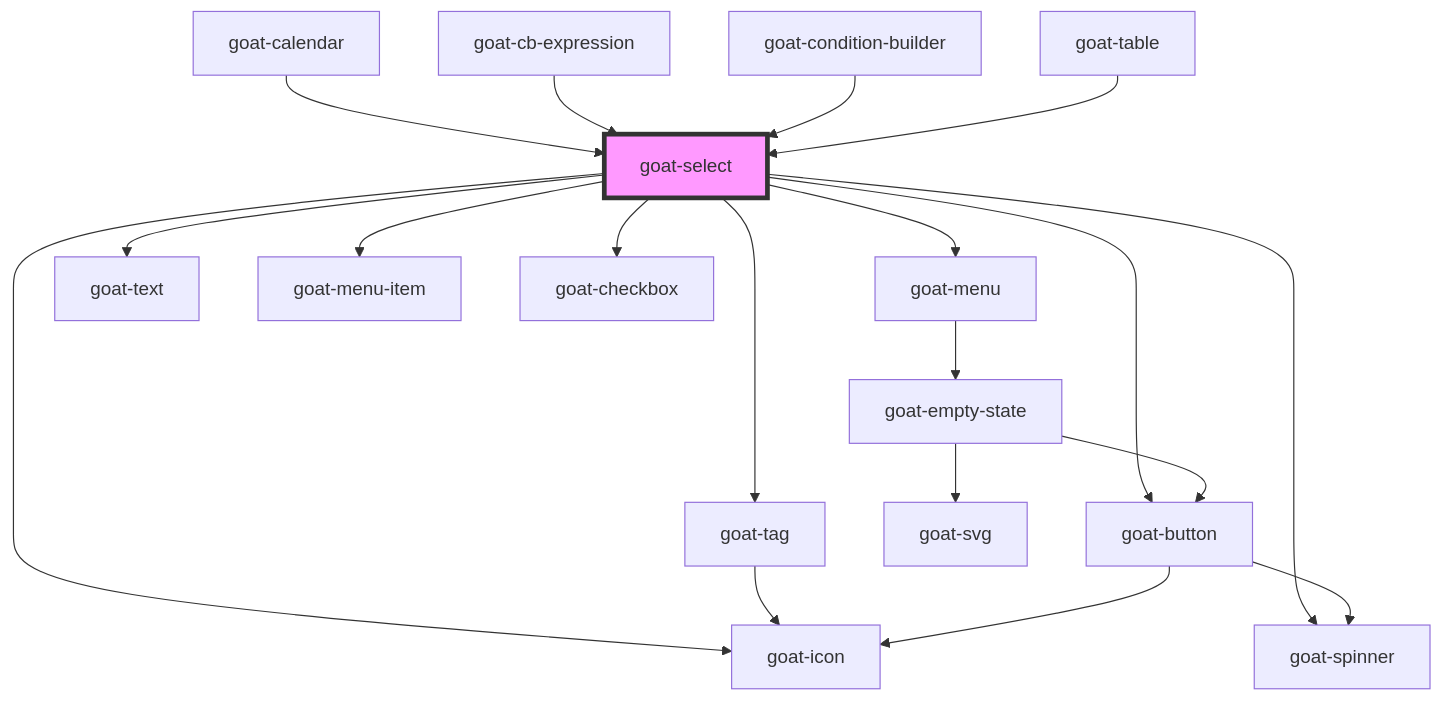
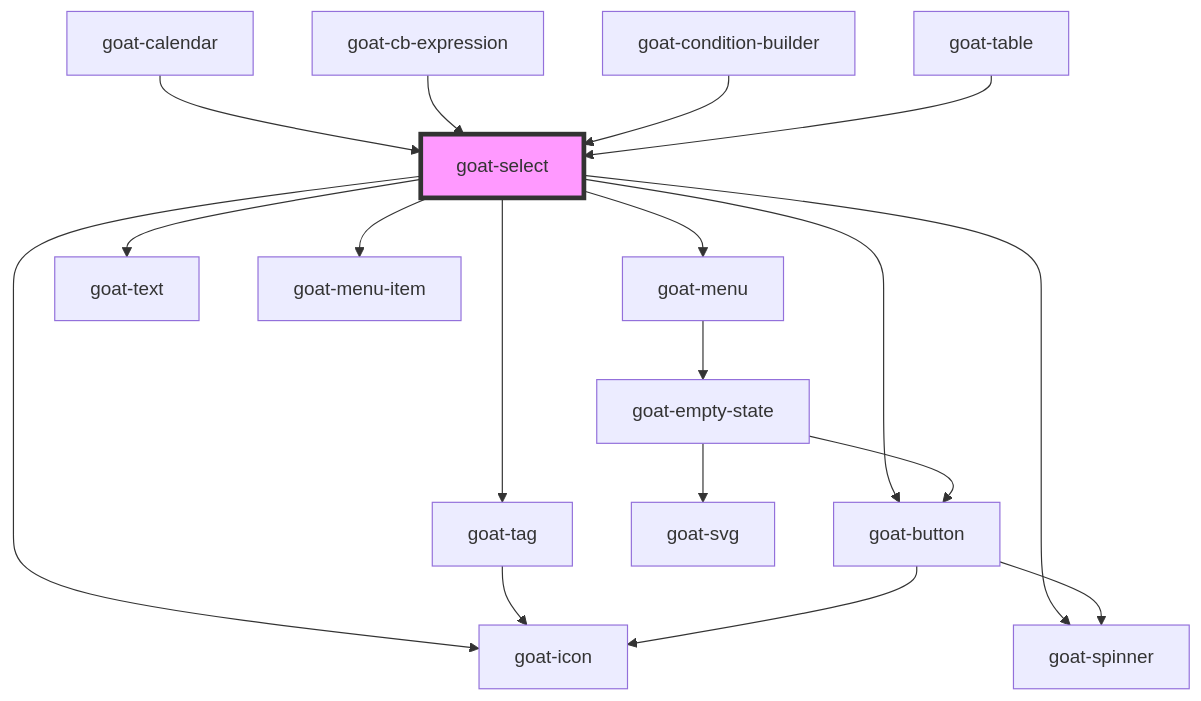
The diagram in src/components/data-entry/select/readme.md (goatui/components), drawn with Mermaid before and after one commit. The commit also changed other lines of this file and 34 other files, not shown here.

````diff
--- a/src/components/data-entry/select/readme.md
+++ b/src/components/data-entry/select/readme.md
@@ -104,22 +103,21 @@
 ```mermaid
 graph TD;
   goat-select --> goat-icon
   goat-select --> goat-tag
   goat-select --> goat-button
   goat-select --> goat-spinner
   goat-select --> goat-menu
   goat-select --> goat-text
   goat-select --> goat-menu-item
-  goat-select --> goat-checkbox
   goat-tag --> goat-icon
   goat-button --> goat-icon
   goat-button --> goat-spinner
   goat-menu --> goat-empty-state
   goat-empty-state --> goat-svg
   goat-empty-state --> goat-button
   goat-calendar --> goat-select
   goat-cb-expression --> goat-select
   goat-condition-builder --> goat-select
   goat-table --> goat-select
   style goat-select fill:#f9f,stroke:#333,stroke-width:4px
 ```
````
